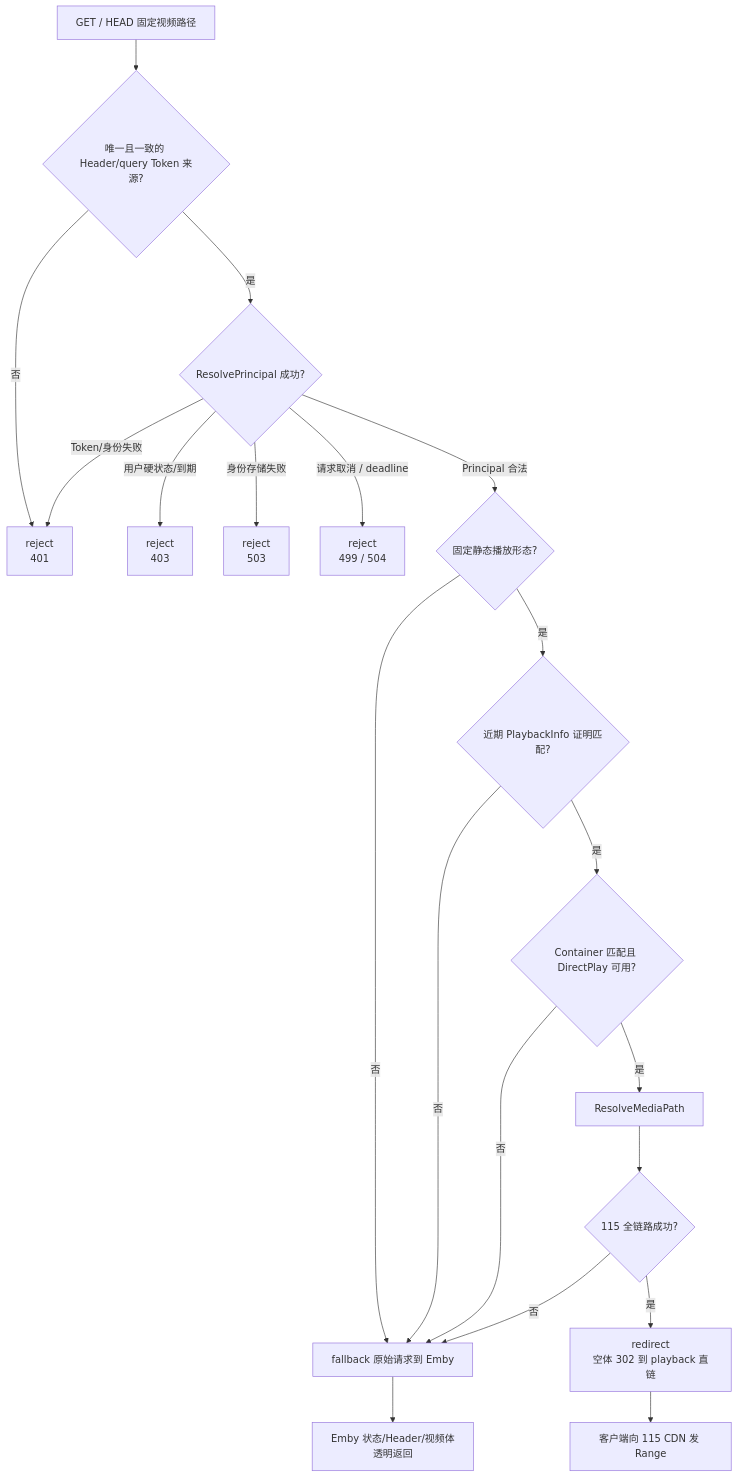
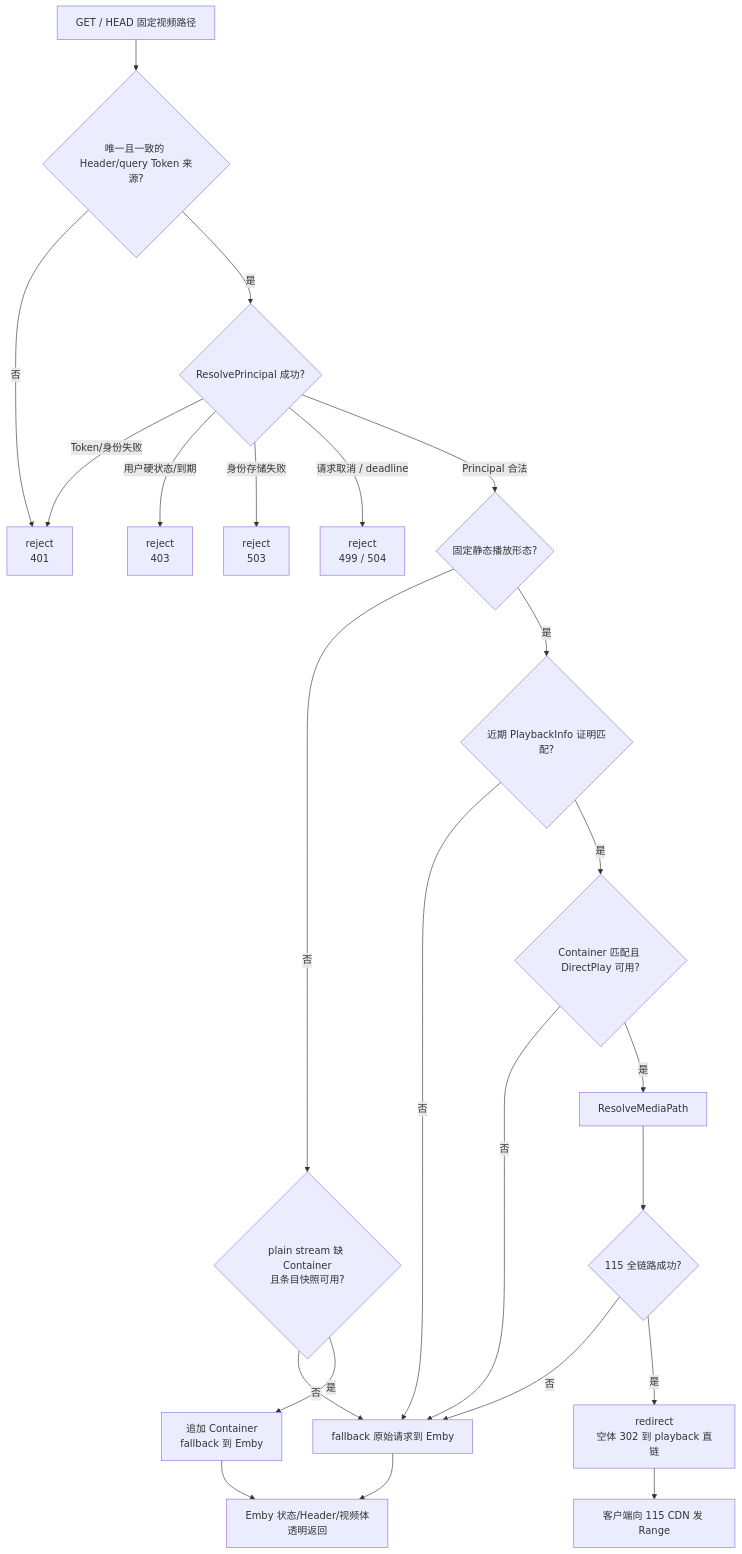
The sixth of 8 diagrams in docs/reference/p115-playback-end-to-end-flow.md (konghanghang/ember), drawn with Mermaid before and after one commit. The commit also changed other lines of this file and 11 other files, not shown here.

First line of the commit message:
fix(gateway): 恢复缺失 Container 的 Emby 播放

````diff
--- a/docs/reference/p115-playback-end-to-end-flow.md
+++ b/docs/reference/p115-playback-end-to-end-flow.md
@@ -220,22 +230,25 @@
 ```mermaid
 flowchart TD
     A[GET / HEAD 固定视频路径] --> B{唯一且一致的 Header/query Token 来源?}
     B -- 否 --> R[reject<br/>401]
     B -- 是 --> C{ResolvePrincipal 成功?}
     C -- Token/身份失败 --> R
     C -- 用户硬状态/到期 --> R2[reject<br/>403]
     C -- 身份存储失败 --> R3[reject<br/>503]
     C -- 请求取消 / deadline --> R4[reject<br/>499 / 504]
     C -- Principal 合法 --> D{固定静态播放形态?}
-    D -- 否 --> F[fallback 原始请求到 Emby]
+    D -- 否 --> CR{plain stream 缺 Container<br/>且条目快照可用?}
+    CR -- 否 --> F[fallback 原始请求到 Emby]
+    CR -- 是 --> FC[追加 Container<br/>fallback 到 Emby]
     D -- 是 --> E{近期 PlaybackInfo 证明匹配?}
     E -- 否 --> F
     E -- 是 --> G{Container 匹配且 DirectPlay 可用?}
     G -- 否 --> F
     G -- 是 --> H[ResolveMediaPath]
     H --> I{115 全链路成功?}
     I -- 否 --> F
     I -- 是 --> J[redirect<br/>空体 302 到 playback 直链]
     F --> K[Emby 状态/Header/视频体透明返回]
+    FC --> K
     J --> L[客户端向 115 CDN 发 Range]
 ```
````
